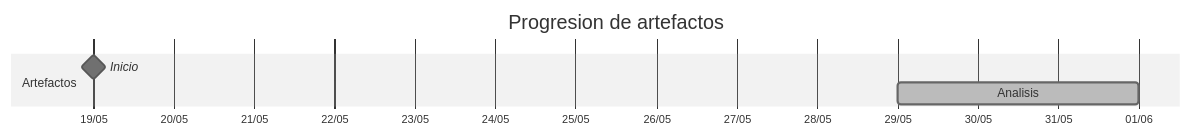
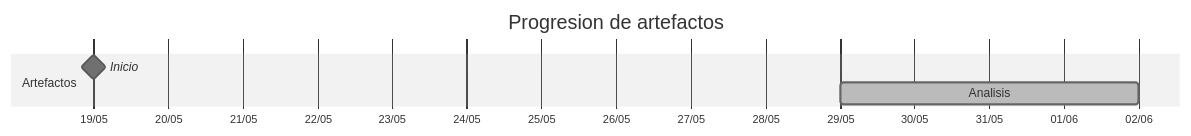
One commit to carlos-alvarado-25/25-26-idsw2-sdVC changed the diagram in TIMELINES/inigovaqueroo04.md. Above: the diagram before and after it, drawn with Mermaid (neutral theme). The commit also changed other lines of this file and 11 other files, not shown here.

````diff
--- a/TIMELINES/inigovaqueroo04.md
+++ b/TIMELINES/inigovaqueroo04.md
@@ -18,9 +18,9 @@
 ```mermaid
 gantt
     title Progresion de artefactos
     dateFormat YYYY-MM-DD
     axisFormat %d/%m
     section Artefactos
         Inicio       :milestone, 2026-05-19, 0d
-        Analisis     :done, 2026-05-29, 2026-06-01
+        Analisis     :done, 2026-05-29, 2026-06-02
 ```
````
